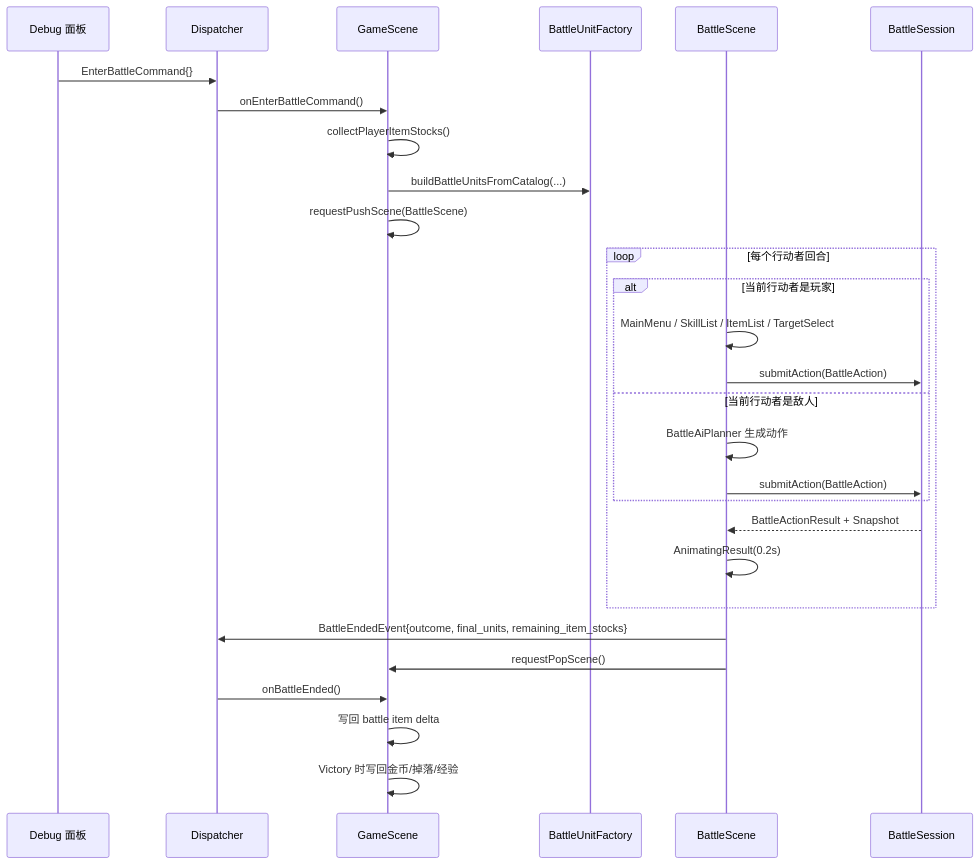
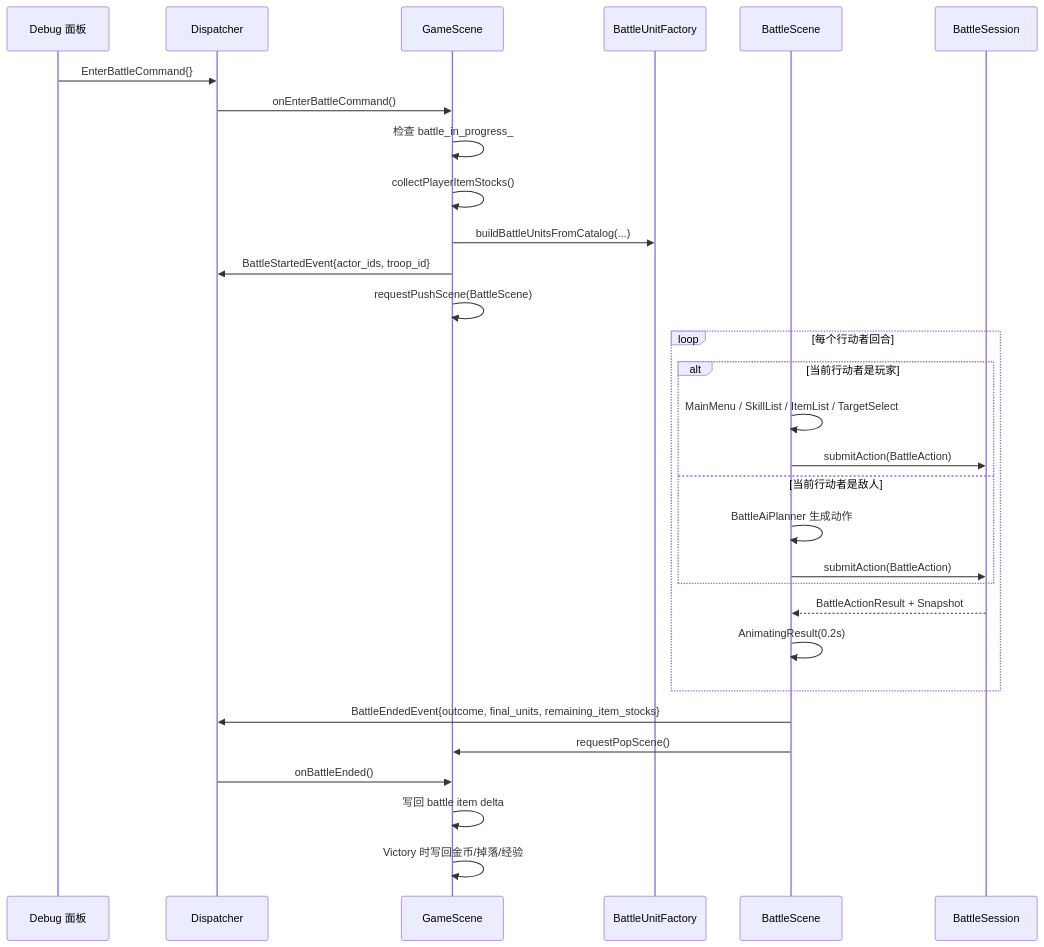
Before and after one commit to WispSnow/TinyFarmRPG: the seventh of 7 diagrams in docs/gameplay/turn-based-battle.md, drawn with Mermaid. The commit also changed other lines of this file and 17 other files, not shown here.

````diff
--- a/docs/gameplay/turn-based-battle.md
+++ b/docs/gameplay/turn-based-battle.md
@@ -426,33 +427,35 @@
 ```mermaid
 sequenceDiagram
     participant DBG as Debug 面板
     participant D as Dispatcher
     participant GS as GameScene
     participant BUF as BattleUnitFactory
     participant BS as BattleScene
     participant SE as BattleSession
 
     DBG->>D: EnterBattleCommand{}
     D->>GS: onEnterBattleCommand()
+    GS->>GS: 检查 battle_in_progress_
     GS->>GS: collectPlayerItemStocks()
     GS->>BUF: buildBattleUnitsFromCatalog(...)
+    GS->>D: BattleStartedEvent{actor_ids, troop_id}
     GS->>GS: requestPushScene(BattleScene)
 
     loop 每个行动者回合
         alt 当前行动者是玩家
             BS->>BS: MainMenu / SkillList / ItemList / TargetSelect
             BS->>SE: submitAction(BattleAction)
         else 当前行动者是敌人
             BS->>BS: BattleAiPlanner 生成动作
             BS->>SE: submitAction(BattleAction)
         end
         SE-->>BS: BattleActionResult + Snapshot
         BS->>BS: AnimatingResult(0.2s)
     end
 
     BS->>D: BattleEndedEvent{outcome, final_units, remaining_item_stocks}
     BS->>GS: requestPopScene()
     D->>GS: onBattleEnded()
     GS->>GS: 写回 battle item delta
     GS->>GS: Victory 时写回金币/掉落/经验
 ```
````
